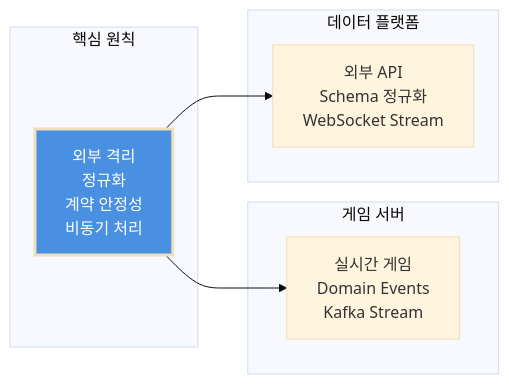
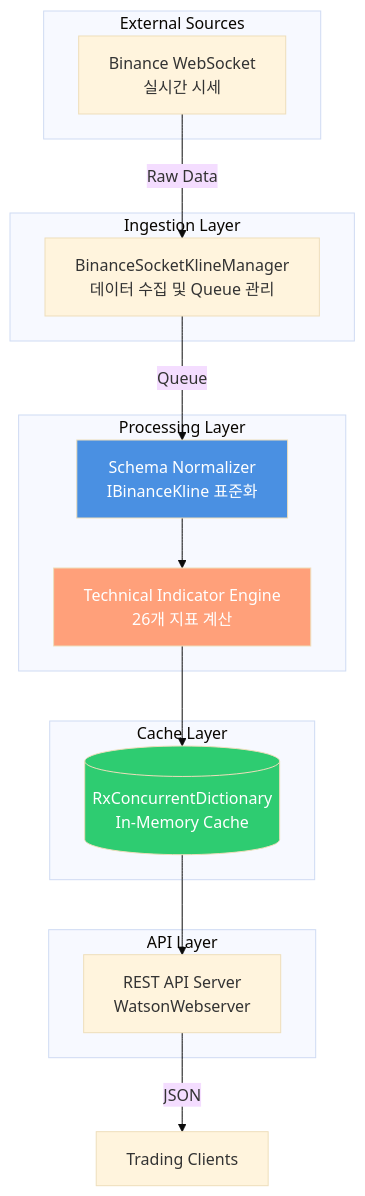
One commit to 1985jwlee/overview changed the fourth of 4 diagrams in README.md. Above: the diagram before and after it, drawn with Mermaid (base theme). The commit also changed other lines of this file, not shown here.

Commit message:
Update domain references from non-gaming to fintech

````diff
--- a/README.md
+++ b/README.md
@@ -138,19 +145,34 @@
 ```mermaid
-graph LR
-    subgraph "핵심 원칙"
-        P[외부 격리<br/>정규화<br/>계약 안정성<br/>비동기 처리]
+graph TB
+    subgraph "External Sources"
+        WS[Binance WebSocket<br/>실시간 시세]
     end
     
-    subgraph "게임 서버"
-        G[실시간 게임<br/>Domain Events<br/>Kafka Stream]
+    subgraph "Ingestion Layer"
+        Mgr[BinanceSocketKlineManager<br/>데이터 수집 및 Queue 관리]
     end
     
-    subgraph "데이터 플랫폼"
-        D[외부 API<br/>Schema 정규화<br/>WebSocket Stream]
+    subgraph "Processing Layer"
+        Norm[Schema Normalizer<br/>IBinanceKline 표준화]
+        Calc[Technical Indicator Engine<br/>26개 지표 계산]
     end
     
-    P --> G
-    P --> D
+    subgraph "Cache Layer"
+        Cache[(RxConcurrentDictionary<br/>In-Memory Cache)]
+    end
     
-    style P fill:#4A90E2,color:#fff,stroke-width:3px
+    subgraph "API Layer"
+        API[REST API Server<br/>WatsonWebserver]
+    end
+    
+    WS -->|Raw Data| Mgr
+    Mgr -->|Queue| Norm
+    Norm --> Calc
+    Calc --> Cache
+    Cache --> API
+    API -->|JSON| Client[Trading Clients]
+    
+    style Norm fill:#4A90E2,color:#fff
+    style Calc fill:#FFA07A,color:#fff
+    style Cache fill:#2ECC71,color:#fff
 ```
````
